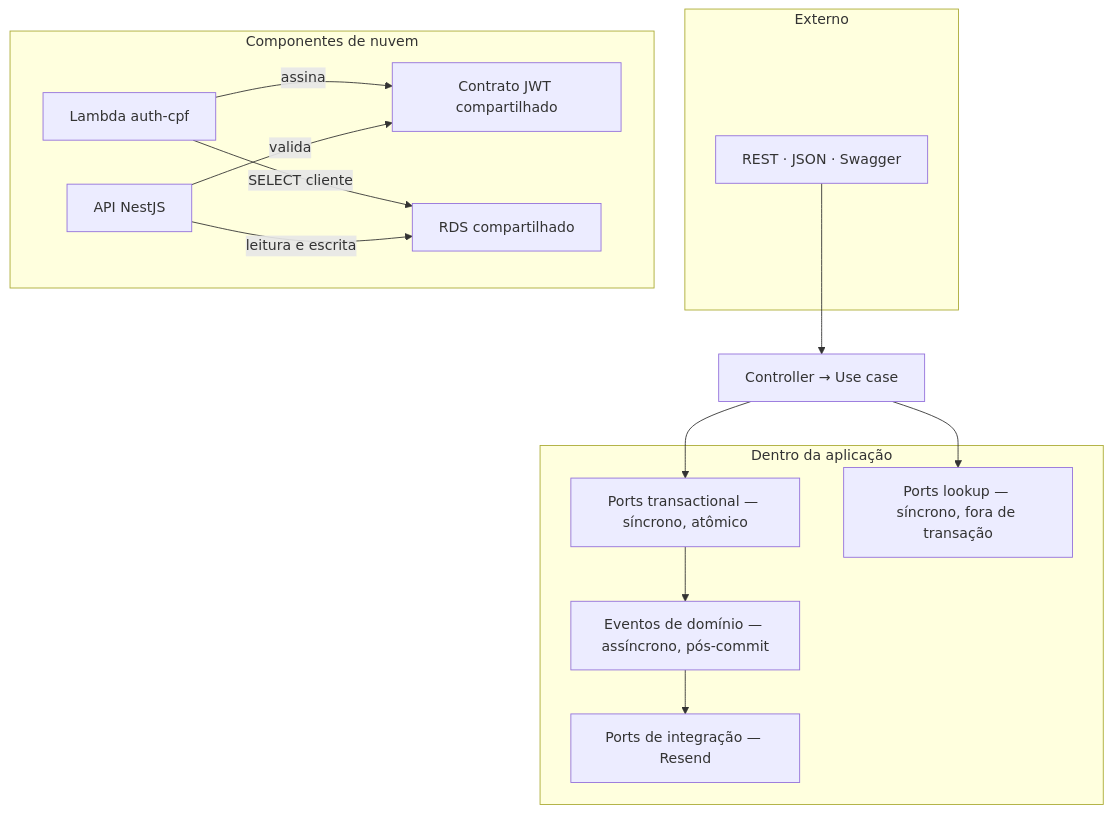
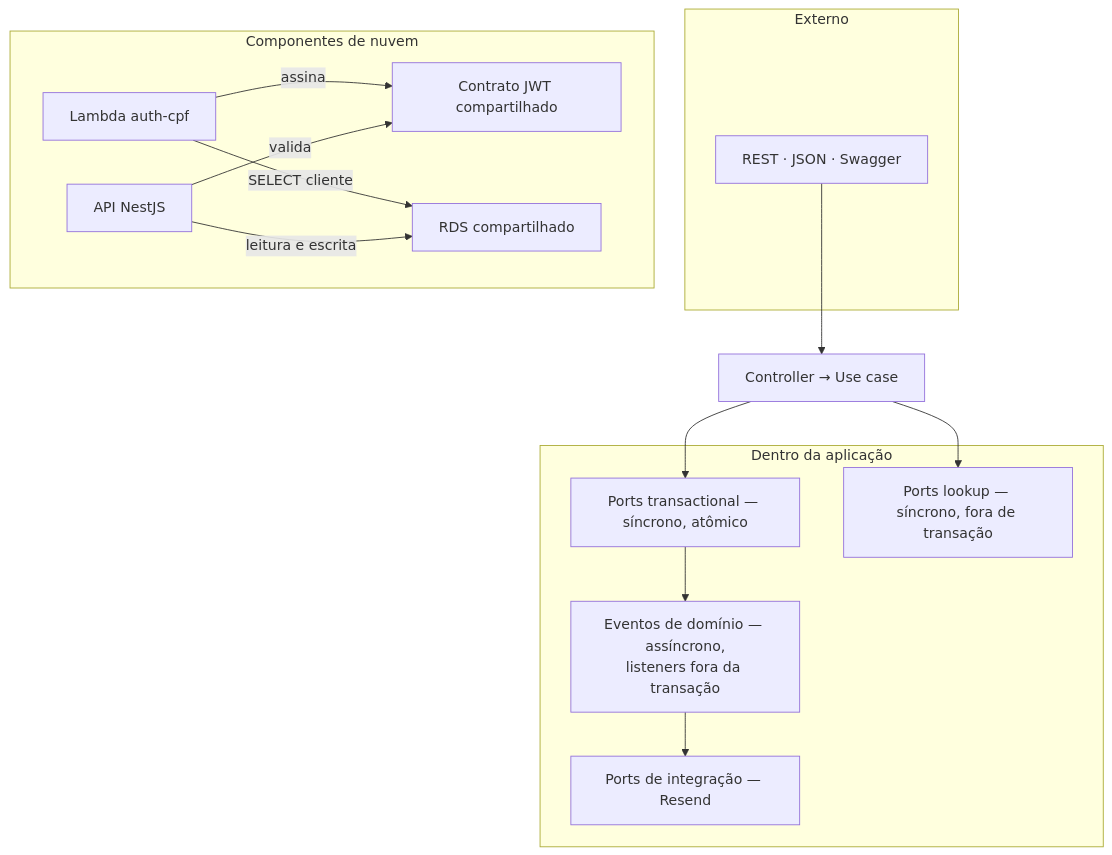
The diagram in docs/adr/004-padrao-de-comunicacao.md (32SOAT/oficina-mecanica-api), drawn with Mermaid before and after one commit. The commit also changed other lines of this file and 16 other files, not shown here.

````diff
--- a/docs/adr/004-padrao-de-comunicacao.md
+++ b/docs/adr/004-padrao-de-comunicacao.md
@@ -75,27 +75,27 @@
 ```mermaid
 flowchart TB
   subgraph Ext["Externo"]
     HTTP["REST · JSON · Swagger"]
   end
   subgraph Cloud["Componentes de nuvem"]
     Lambda["Lambda auth-cpf"]
     API["API NestJS"]
     JWTC["Contrato JWT compartilhado"]
     DBS["RDS compartilhado"]
     Lambda -->|assina| JWTC
     API -->|valida| JWTC
     Lambda -->|SELECT cliente| DBS
     API -->|leitura e escrita| DBS
   end
   subgraph App["Dentro da aplicação"]
     PortsT["Ports transactional — síncrono, atômico"]
     PortsL["Ports lookup — síncrono, fora de transação"]
-    Events["Eventos de domínio — assíncrono, pós-commit"]
+    Events["Eventos de domínio — assíncrono,<br/>listeners fora da transação"]
     Adapters["Ports de integração — Resend"]
   end
   HTTP --> Ctrl["Controller → Use case"]
   Ctrl --> PortsT
   Ctrl --> PortsL
   PortsT --> Events
   Events --> Adapters
 ```
````
